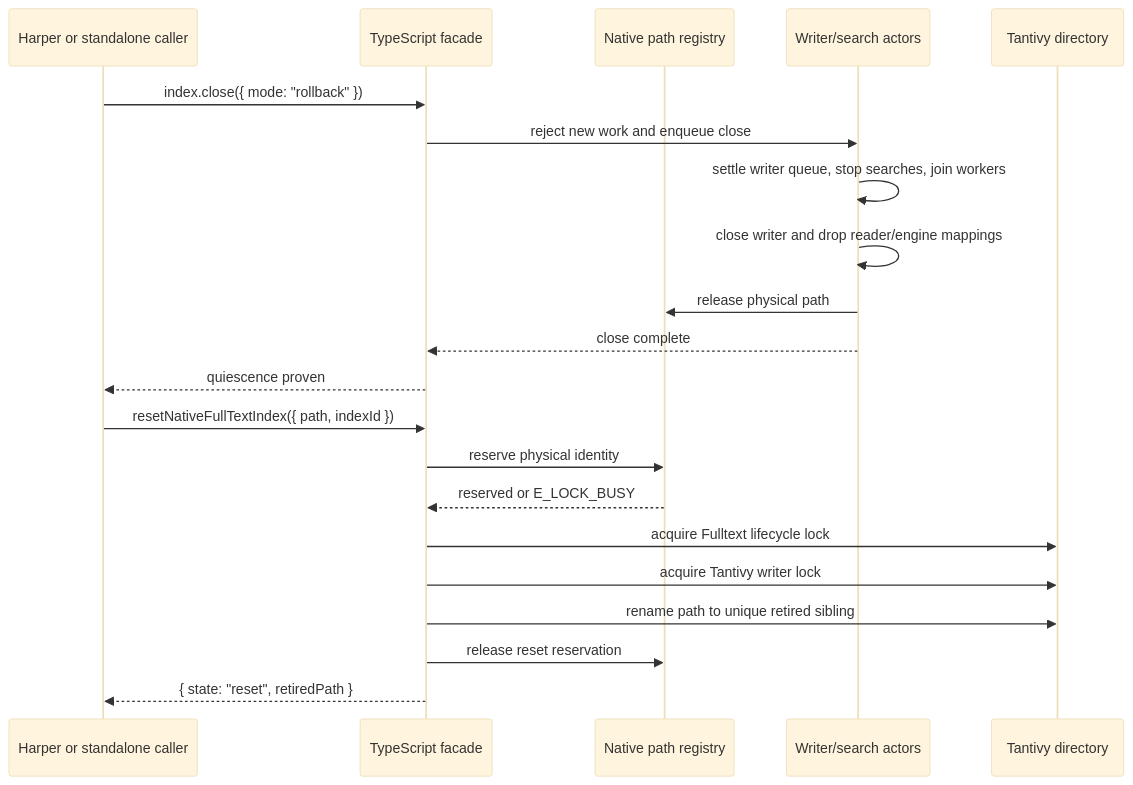
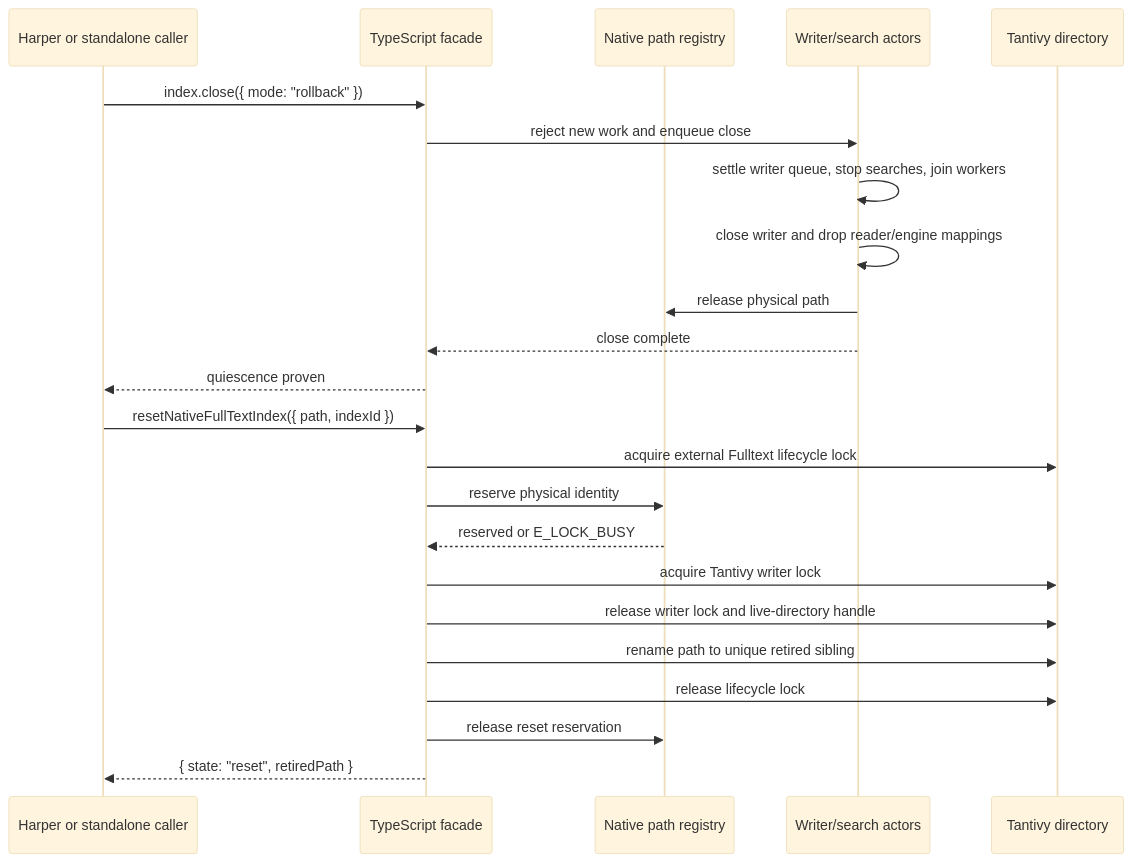
Before and after one commit to HarperFast/fulltext: the diagram in docs/native-reset-quiescence.md, drawn with Mermaid (base theme). The commit also changed other lines of this file and 3 other files, not shown here.

````diff
--- a/docs/native-reset-quiescence.md
+++ b/docs/native-reset-quiescence.md
@@ -83,24 +86,26 @@
 ```mermaid
 sequenceDiagram
 	participant Harper as Harper or standalone caller
 	participant Wrapper as TypeScript facade
 	participant Registry as Native path registry
 	participant Actors as Writer/search actors
 	participant Disk as Tantivy directory
 
 	Harper->>Wrapper: index.close({ mode: "rollback" })
 	Wrapper->>Actors: reject new work and enqueue close
 	Actors->>Actors: settle writer queue, stop searches, join workers
 	Actors->>Actors: close writer and drop reader/engine mappings
 	Actors->>Registry: release physical path
 	Actors-->>Wrapper: close complete
 	Wrapper-->>Harper: quiescence proven
 	Harper->>Wrapper: resetNativeFullTextIndex({ path, indexId })
+	Wrapper->>Disk: acquire external Fulltext lifecycle lock
 	Wrapper->>Registry: reserve physical identity
 	Registry-->>Wrapper: reserved or E_LOCK_BUSY
-	Wrapper->>Disk: acquire Fulltext lifecycle lock
 	Wrapper->>Disk: acquire Tantivy writer lock
+	Wrapper->>Disk: release writer lock and live-directory handle
 	Wrapper->>Disk: rename path to unique retired sibling
+	Wrapper->>Disk: release lifecycle lock
 	Wrapper->>Registry: release reset reservation
 	Wrapper-->>Harper: { state: "reset", retiredPath }
 ```
````
